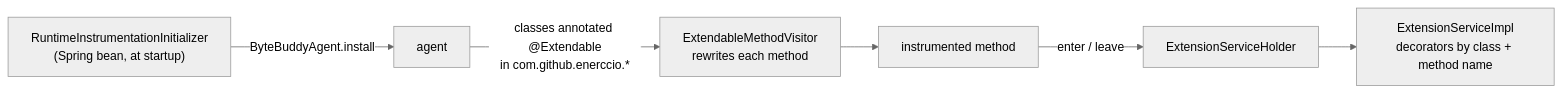
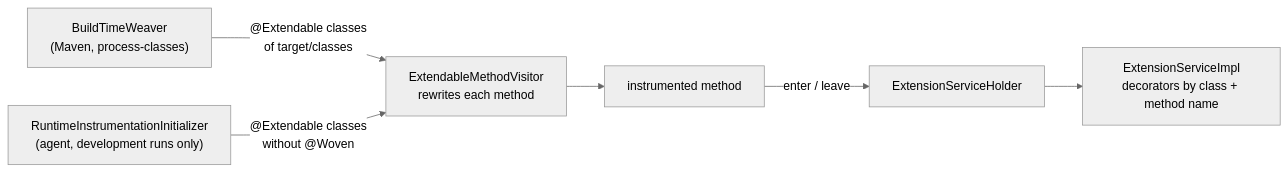
Before and after one commit to Enerccio/Marginalia: the diagram in manual/developer/plugins/extendable.md, drawn with Mermaid (neutral theme). The commit also changed other lines of this file and 26 other files, not shown here.

First line of the commit message:
Extensions: weave the @Extendable hooks at build time, agent only in development runs

````diff
--- a/manual/developer/plugins/extendable.md
+++ b/manual/developer/plugins/extendable.md
@@ -23,7 +23,7 @@
 ```mermaid
 flowchart LR
-    Init["RuntimeInstrumentationInitializer<br/>(Spring bean, at startup)"] -->|ByteBuddyAgent.install| Agent["agent"]
-    Agent -->|"classes annotated @Extendable<br/>in com.github.enerccio.*"| Vis["ExtendableMethodVisitor<br/>rewrites each method"]
+    Build["BuildTimeWeaver<br/>(Maven, process-classes)"] -->|"@Extendable classes<br/>of target/classes"| Vis["ExtendableMethodVisitor<br/>rewrites each method"]
+    Init["RuntimeInstrumentationInitializer<br/>(agent, development runs only)"] -->|"@Extendable classes<br/>without @Woven"| Vis
     Vis --> Code["instrumented method"]
     Code -->|enter / leave| Holder["ExtensionServiceHolder"] --> ES["ExtensionServiceImpl<br/>decorators by class + method name"]
 ```
````
